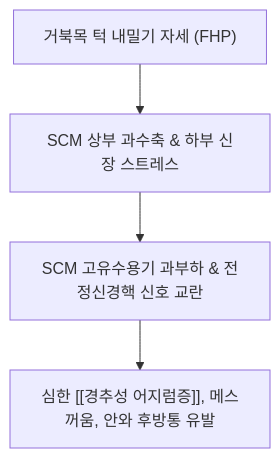
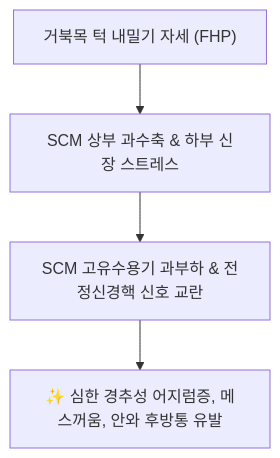
The first of 2 diagrams in content/1. 근골격계 공부/근육/(2) 경부/흉쇄유돌근.md (simbio11/simbio-digital-garden2), drawn with Mermaid before and after one commit. The commit also changed other lines of this file and 36 other files, not shown here.

````diff
--- a/content/1. 근골격계 공부/근육/(2) 경부/흉쇄유돌근.md
+++ b/content/1. 근골격계 공부/근육/(2) 경부/흉쇄유돌근.md
@@ -72,6 +38,6 @@
 ```mermaid
 graph TD
     ChinPoke["거북목 턱 내밀기 자세 (FHP)"] --> SCM_Overfire["SCM 상부 과수축 & 하부 신장 스트레스"]
     SCM_Overfire --> ProprioceptiveChaos["SCM 고유수용기 과부하 & 전정신경핵 신호 교란"]
-    ProprioceptiveChaos --> DizzinessAndAutonomic["심한 [[경추성 어지럼증]], 메스꺼움, 안와 후방통 유발"]
+    ProprioceptiveChaos --> DizzinessAndAutonomic["✨ 심한 경추성 어지럼증, 메스꺼움, 안와 후방통 유발"]
 ```
````
